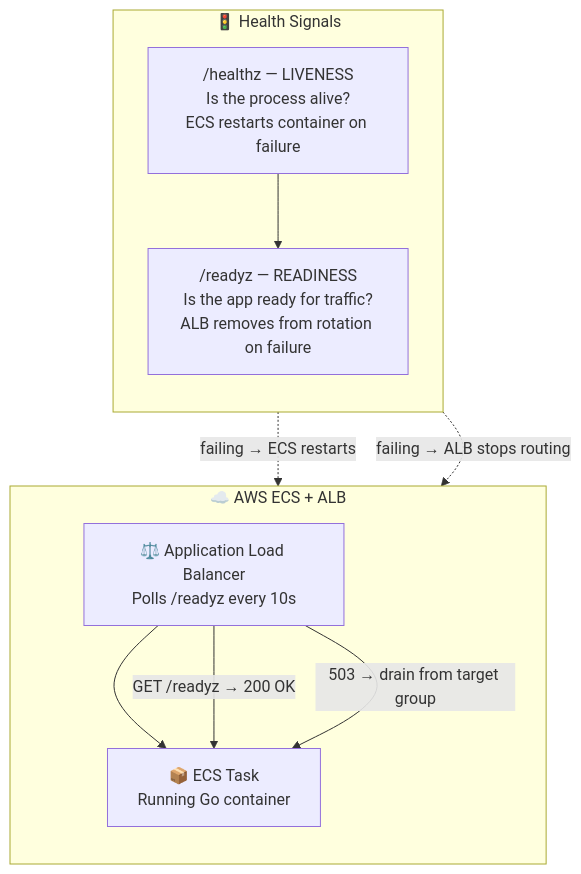
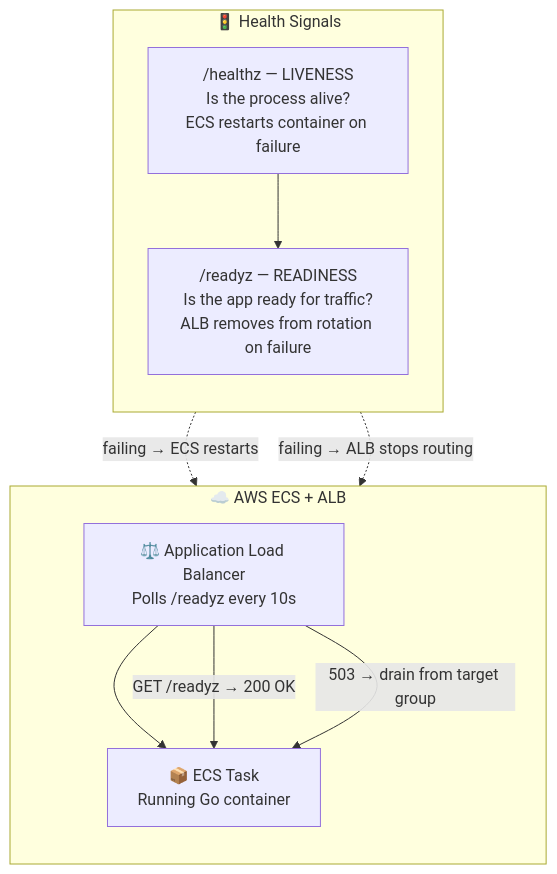
Before and after one commit to romangurevitch/GoTraining: the first of 6 diagrams in internal/fundamentals/api-lifecycle-and-deployment/04-cloud-deployment.md, drawn with Mermaid. The commit also changed other lines of this file and 20 other files, not shown here.

````diff
--- a/internal/fundamentals/api-lifecycle-and-deployment/04-cloud-deployment.md
+++ b/internal/fundamentals/api-lifecycle-and-deployment/04-cloud-deployment.md
@@ -7,22 +7,24 @@
 ```mermaid
-graph TB
+graph TD
     subgraph Signals["🚦 Health Signals"]
         direction TB
         LIV["/healthz — LIVENESS<br/>Is the process alive?<br/>ECS restarts container on failure"]
         RDY["/readyz — READINESS<br/>Is the app ready for traffic?<br/>ALB removes from rotation on failure"]
         LIV --> RDY
     end
 
     subgraph ECS["☁️ AWS ECS + ALB"]
         direction TB
         ALB["⚖️ Application Load Balancer<br/>Polls /readyz every 10s"]
         TASK["📦 ECS Task<br/>Running Go container"]
         ALB --> TASK
     end
 
+    Signals ~~~ ECS
+
     RDY ~~~ ALB
     ALB -->|"GET /readyz → 200 OK"| TASK
     ALB -->|"503 → drain from target group"| TASK
     LIV -.->|"failing → ECS restarts"| TASK
     RDY -.->|"failing → ALB stops routing"| TASK
 ```
````
